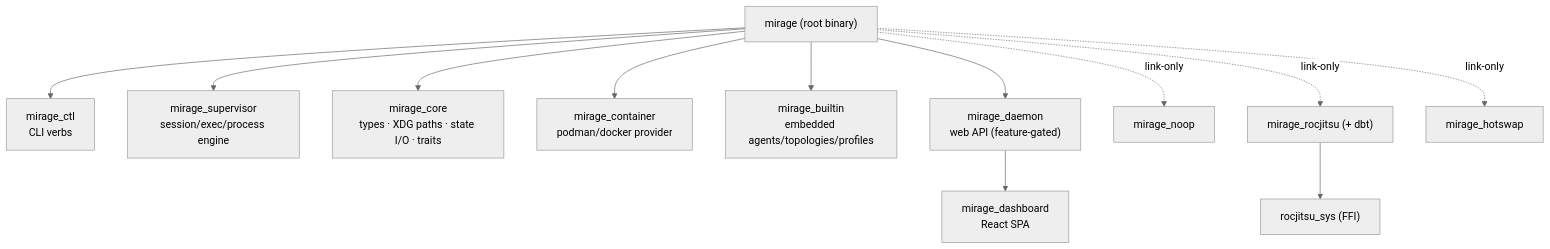
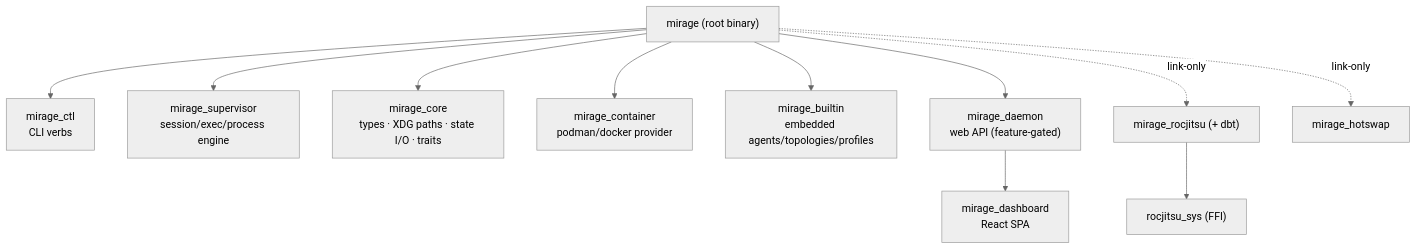
One commit to ROCm/rocm-systems changed the fifth of 15 diagrams in emulation/mirage/docs/demo-debugging-at-scale.md. Above: the diagram before and after it, drawn with Mermaid (neutral theme). The commit also changed other lines of this file and 26 other files, not shown here.

````diff
--- a/emulation/mirage/docs/demo-debugging-at-scale.md
+++ b/emulation/mirage/docs/demo-debugging-at-scale.md
@@ -180,15 +179,14 @@
 ```mermaid
 flowchart TB
     root["mirage (root binary)"]
     root --> ctl["mirage_ctl<br/>CLI verbs"]
     root --> host["mirage_supervisor<br/>session/exec/process engine"]
     root --> core["mirage_core<br/>types · XDG paths · state I/O · traits"]
     root --> cont["mirage_container<br/>podman/docker provider"]
     root --> builtin["mirage_builtin<br/>embedded agents/topologies/profiles"]
     root --> daemon["mirage_daemon<br/>web API (feature-gated)"]
     daemon --> dash["mirage_dashboard<br/>React SPA"]
-    root -.link-only.-> noop["mirage_noop"]
     root -.link-only.-> rj["mirage_rocjitsu (+ dbt)"]
     root -.link-only.-> hot["mirage_hotswap"]
     rj --> sys["rocjitsu_sys (FFI)"]
 ```
````
